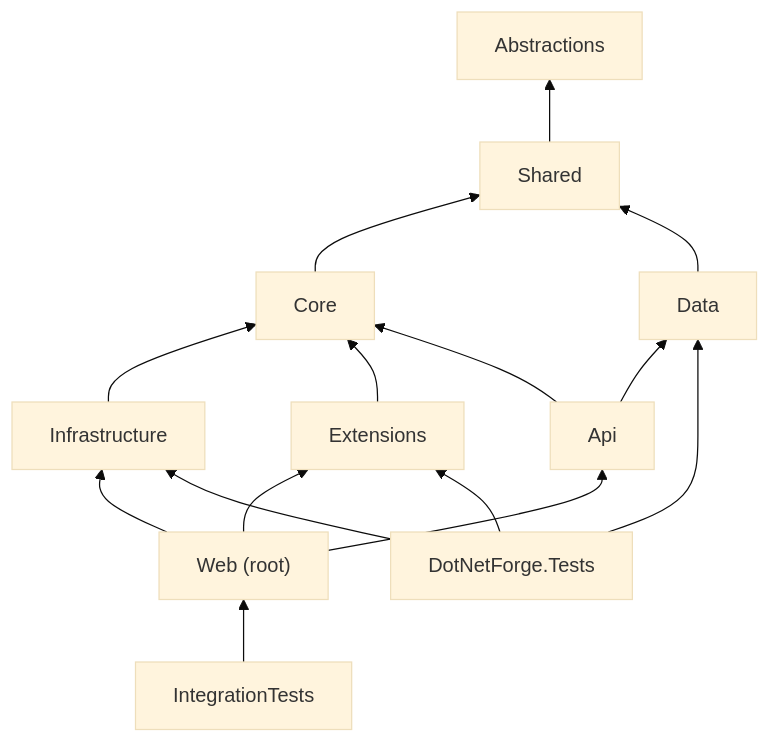
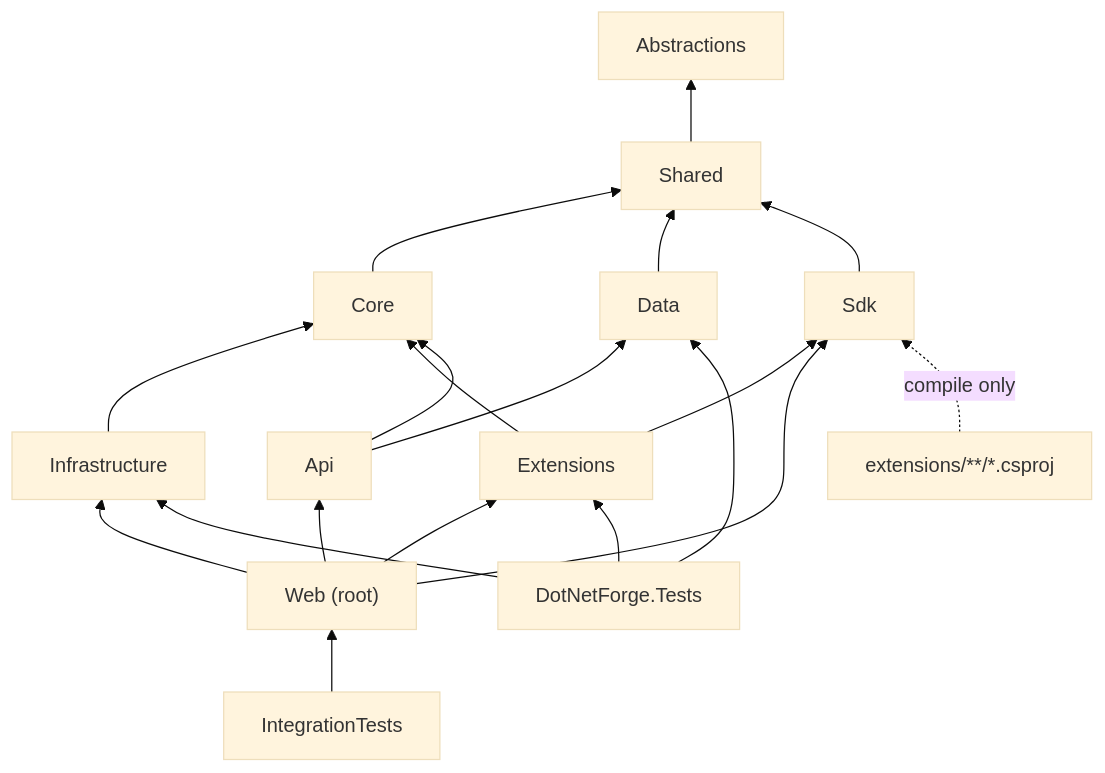
One commit to Albadit/DotNetForge changed the diagram in .docs/architecture/dependencies.md. Above: the diagram before and after it, drawn with Mermaid (base theme). The commit also changed other lines of this file and 454 other files, not shown here.

````diff
--- a/.docs/architecture/dependencies.md
+++ b/.docs/architecture/dependencies.md
@@ -21,14 +24,17 @@
 ```mermaid
 flowchart BT
     Abs[Abstractions]
     Shared --> Abs
     Core --> Shared
     Data --> Shared
     Infra[Infrastructure] --> Core
+    Sdk --> Shared
     Ext[Extensions] --> Core
+    Ext --> Sdk
     Api --> Core
     Api --> Data
-    Web["Web (root)"] --> Api & Ext & Infra
+    Web["Web (root)"] --> Api & Ext & Infra & Sdk
+    ExtProj["extensions/**/*.csproj"] -. compile only .-> Sdk
     Tests[DotNetForge.Tests] --> Infra & Ext & Data
     IT[IntegrationTests] --> Web
 ```
````
